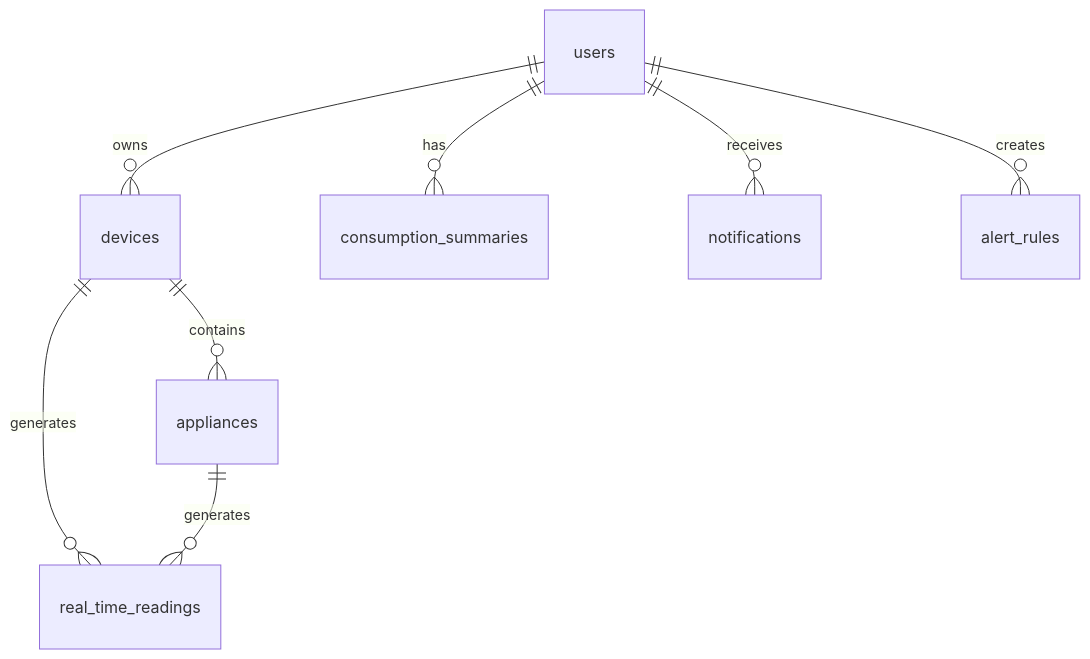
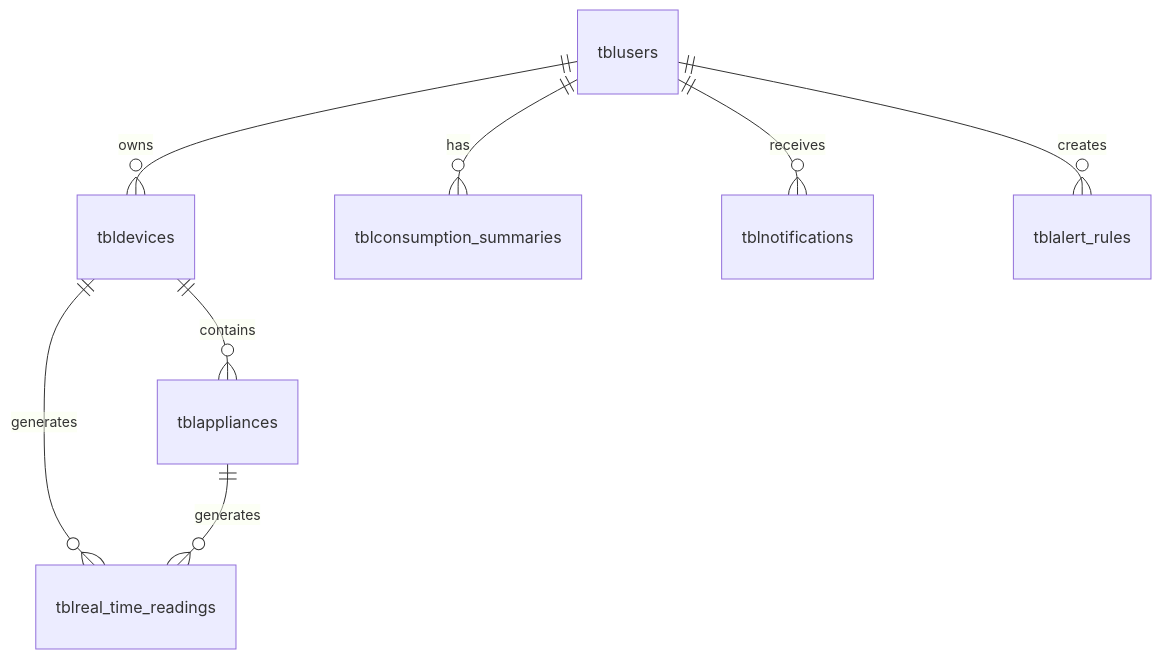
The diagram in Documentation/database-design/README.md (IrieSkid/capstone-non-intrusive-load-monitoring-device-mobile-application), drawn with Mermaid before and after one commit. The commit also changed other lines of this file and 2 other files, not shown here.

Commit message:
Update documentation files with tbl prefix naming convention

````diff
--- a/Documentation/database-design/README.md
+++ b/Documentation/database-design/README.md
@@ -47,10 +47,10 @@
 ```mermaid
 erDiagram
-    users ||--o{ devices : "owns"
-    devices ||--o{ appliances : "contains"
-    devices ||--o{ real_time_readings : "generates"
-    appliances ||--o{ real_time_readings : "generates"
-    users ||--o{ consumption_summaries : "has"
-    users ||--o{ notifications : "receives"
-    users ||--o{ alert_rules : "creates"
+    tblusers ||--o{ tbldevices : "owns"
+    tbldevices ||--o{ tblappliances : "contains"
+    tbldevices ||--o{ tblreal_time_readings : "generates"
+    tblappliances ||--o{ tblreal_time_readings : "generates"
+    tblusers ||--o{ tblconsumption_summaries : "has"
+    tblusers ||--o{ tblnotifications : "receives"
+    tblusers ||--o{ tblalert_rules : "creates"
 ```
````
